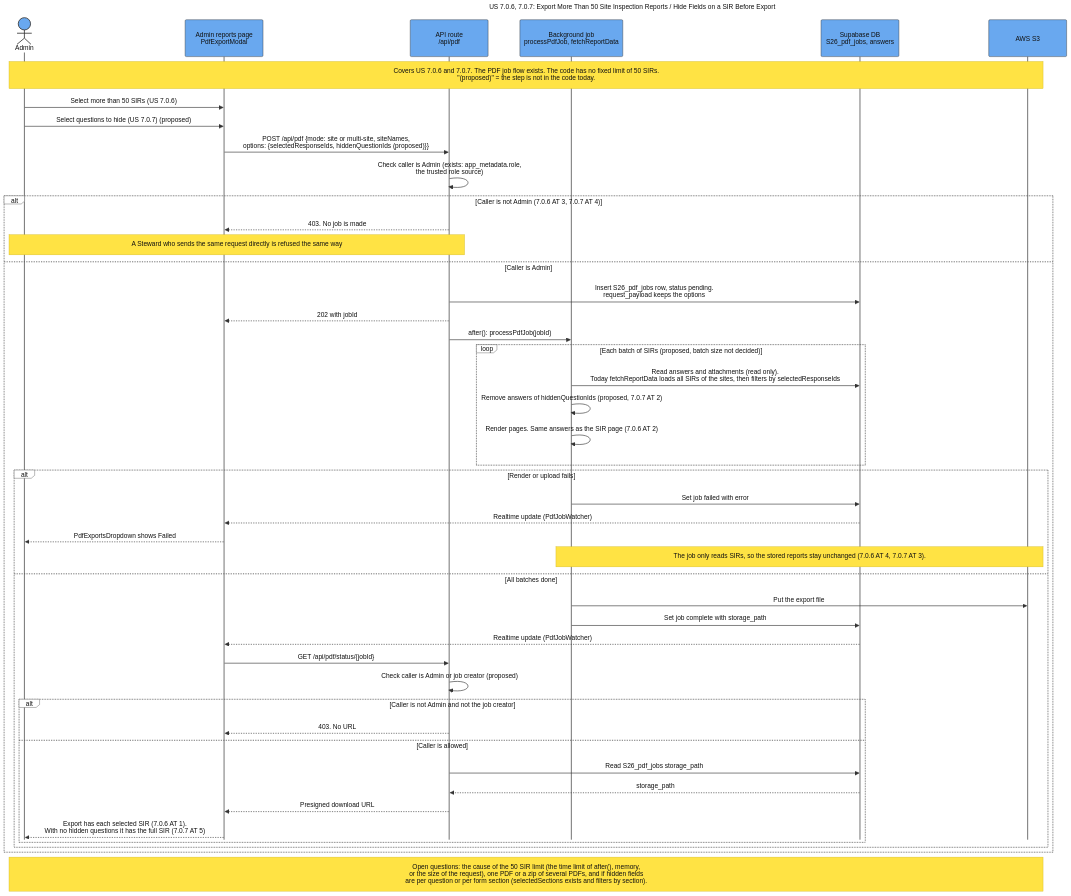
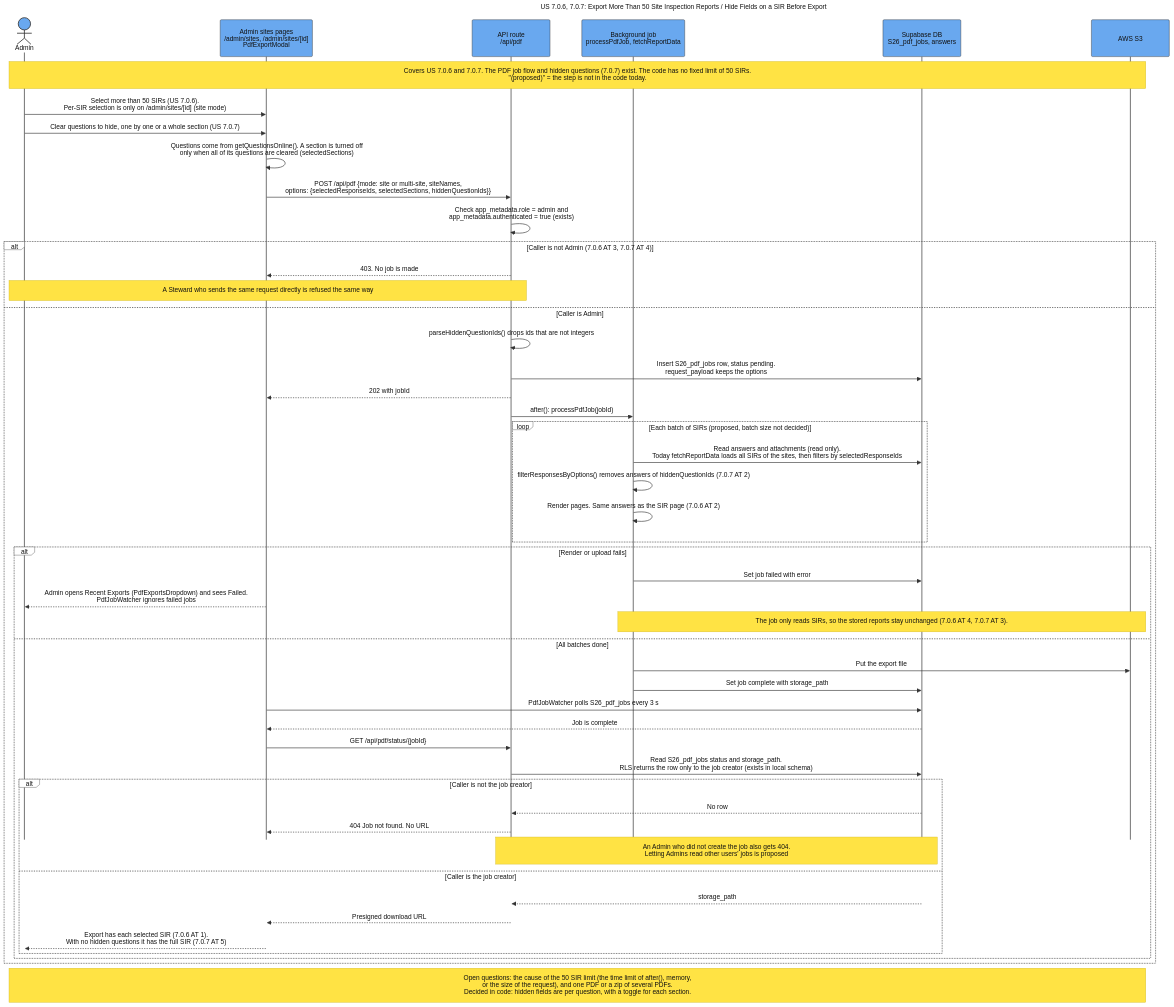
One commit to SAPAA-Dev/W26Project-SAPAA-Dev-Team changed the diagram in docs/assets/Sequence_US_7_0_6_7_0_7_Bulk_SIR_Export_With_Hidden_Fields.mmd. Above: the diagram before and after it, drawn with Mermaid. The commit also changed 63 other files, not shown here.

First line of the commit message:
(feat): add diagram generator that updates diagrams on every PR (#157)

```diff
--- a/docs/assets/Sequence_US_7_0_6_7_0_7_Bulk_SIR_Export_With_Hidden_Fields.mmd
+++ b/docs/assets/Sequence_US_7_0_6_7_0_7_Bulk_SIR_Export_With_Hidden_Fields.mmd
@@ -1,91 +1,94 @@
 ---
 title: "US 7.0.6, 7.0.7: Export More Than 50 Site Inspection Reports / Hide Fields on a SIR Before Export"
 config:
   theme: base
   sequence:
     actorMargin: 75
     boxMargin: 12
     diagramMarginX: 45
     diagramMarginY: 30
     messageMargin: 40
     noteMargin: 16
     mirrorActors: false
     width: 190
     height: 90
   themeVariables:
     background: "#ffffff"
     primaryColor: "#69a8ef"
     primaryBorderColor: "#333333"
     primaryTextColor: "#111111"
     actorBkg: "#69a8ef"
     actorBorder: "#333333"
     actorTextColor: "#111111"
     actorLineColor: "#555555"
     signalColor: "#333333"
     signalTextColor: "#111111"
     activationBkgColor: "#cdd3db"
     activationBorderColor: "#cdd3db"
     noteBkgColor: "#ffe344"
     noteBorderColor: "#d4ba24"
     noteTextColor: "#111111"
     labelBoxBkgColor: "#ffffff"
     labelBoxBorderColor: "#555555"
     labelTextColor: "#111111"
     loopTextColor: "#111111"
     altBackground: "#ffffff"
   themeCSS: |
     .actor-line {
       stroke-dasharray: 10 10 !important;
       stroke-width: 1.25px !important;
     }
 ---
 sequenceDiagram
     autonumber off
     actor Admin
-    participant Page as Admin reports page<br/>PdfExportModal
+    participant Page as Admin sites pages<br/>/admin/sites, /admin/sites/[id]<br/>PdfExportModal
     participant Api as API route<br/>/api/pdf
     participant Job as Background job<br/>processPdfJob, fetchReportData
     participant DB as Supabase DB<br/>S26_pdf_jobs, answers
     participant S3 as AWS S3
 
-    Note over Admin,S3: Covers US 7.0.6 and 7.0.7. The PDF job flow exists. The code has no fixed limit of 50 SIRs.<br/>"(proposed)" = the step is not in the code today.
+    Note over Admin,S3: Covers US 7.0.6 and 7.0.7. The PDF job flow and hidden questions (7.0.7) exist. The code has no fixed limit of 50 SIRs.<br/>"(proposed)" = the step is not in the code today.
 
-    Admin->>Page: Select more than 50 SIRs (US 7.0.6)
-    Admin->>Page: Select questions to hide (US 7.0.7) (proposed)
-    Page->>Api: POST /api/pdf {mode: site or multi-site, siteNames,<br/>options: {selectedResponseIds, hiddenQuestionIds (proposed)}}
-    Api->>Api: Check caller is Admin (exists: app_metadata.role,<br/>the trusted role source)
+    Admin->>Page: Select more than 50 SIRs (US 7.0.6).<br/>Per-SIR selection is only on /admin/sites/[id] (site mode)
+    Admin->>Page: Clear questions to hide, one by one or a whole section (US 7.0.7)
+    Page->>Page: Questions come from getQuestionsOnline(). A section is turned off<br/>only when all of its questions are cleared (selectedSections)
+    Page->>Api: POST /api/pdf {mode: site or multi-site, siteNames,<br/>options: {selectedResponseIds, selectedSections, hiddenQuestionIds}}
+    Api->>Api: Check app_metadata.role = admin and<br/>app_metadata.authenticated = true (exists)
     alt Caller is not Admin (7.0.6 AT 3, 7.0.7 AT 4)
         Api-->>Page: 403. No job is made
         Note over Admin,Api: A Steward who sends the same request directly is refused the same way
     else Caller is Admin
+        Api->>Api: parseHiddenQuestionIds() drops ids that are not integers
         Api->>DB: Insert S26_pdf_jobs row, status pending.<br/>request_payload keeps the options
         Api-->>Page: 202 with jobId
         Api->>Job: after(): processPdfJob(jobId)
         loop Each batch of SIRs (proposed, batch size not decided)
             Job->>DB: Read answers and attachments (read only).<br/>Today fetchReportData loads all SIRs of the sites, then filters by selectedResponseIds
-            Job->>Job: Remove answers of hiddenQuestionIds (proposed, 7.0.7 AT 2)
+            Job->>Job: filterResponsesByOptions() removes answers of hiddenQuestionIds (7.0.7 AT 2)
             Job->>Job: Render pages. Same answers as the SIR page (7.0.6 AT 2)
         end
         alt Render or upload fails
             Job->>DB: Set job failed with error
-            DB-->>Page: Realtime update (PdfJobWatcher)
-            Page-->>Admin: PdfExportsDropdown shows Failed
+            Page-->>Admin: Admin opens Recent Exports (PdfExportsDropdown) and sees Failed.<br/>PdfJobWatcher ignores failed jobs
             Note over Job,S3: The job only reads SIRs, so the stored reports stay unchanged (7.0.6 AT 4, 7.0.7 AT 3).
         else All batches done
             Job->>S3: Put the export file
             Job->>DB: Set job complete with storage_path
-            DB-->>Page: Realtime update (PdfJobWatcher)
+            Page->>DB: PdfJobWatcher polls S26_pdf_jobs every 3 s
+            DB-->>Page: Job is complete
             Page->>Api: GET /api/pdf/status/{jobId}
-            Api->>Api: Check caller is Admin or job creator (proposed)
-            alt Caller is not Admin and not the job creator
-                Api-->>Page: 403. No URL
-            else Caller is allowed
-                Api->>DB: Read S26_pdf_jobs storage_path
+            Api->>DB: Read S26_pdf_jobs status and storage_path.<br/>RLS returns the row only to the job creator (exists in local schema)
+            alt Caller is not the job creator
+                DB-->>Api: No row
+                Api-->>Page: 404 Job not found. No URL
+                Note over Api,DB: An Admin who did not create the job also gets 404.<br/>Letting Admins read other users' jobs is proposed
+            else Caller is the job creator
                 DB-->>Api: storage_path
                 Api-->>Page: Presigned download URL
                 Page-->>Admin: Export has each selected SIR (7.0.6 AT 1).<br/>With no hidden questions it has the full SIR (7.0.7 AT 5)
             end
         end
     end
 
-    Note over Admin,S3: Open questions: the cause of the 50 SIR limit (the time limit of after(), memory,<br/>or the size of the request), one PDF or a zip of several PDFs, and if hidden fields<br/>are per question or per form section (selectedSections exists and filters by section).
+    Note over Admin,S3: Open questions: the cause of the 50 SIR limit (the time limit of after(), memory,<br/>or the size of the request), and one PDF or a zip of several PDFs.<br/>Decided in code: hidden fields are per question, with a toggle for each section.
```
